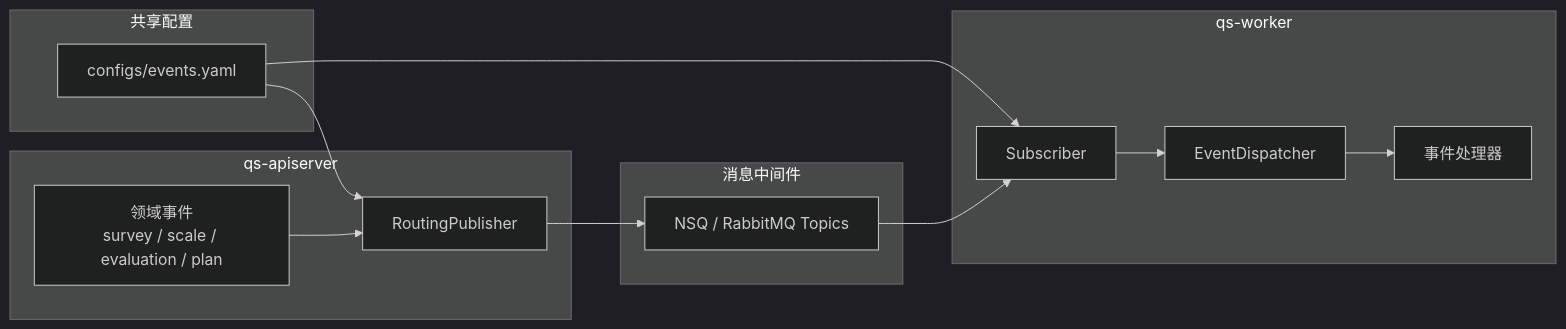
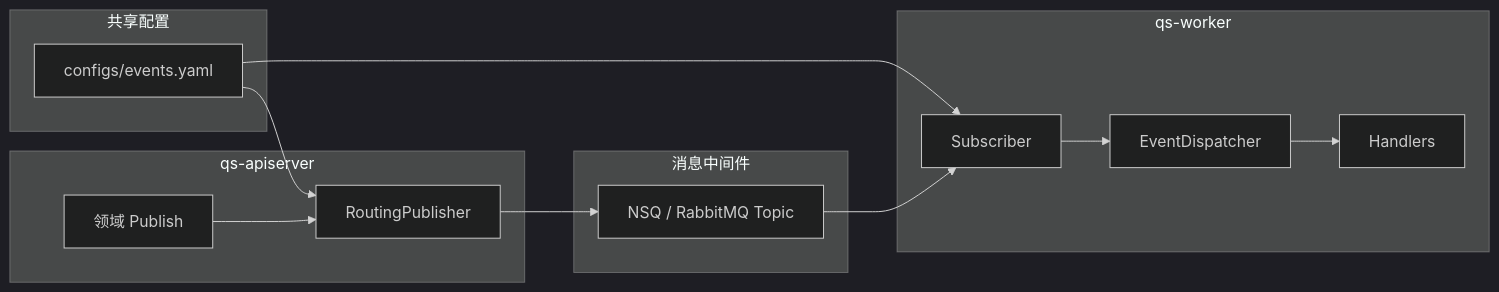
The first of 4 diagrams in docs/03-基础设施/01-事件系统.md (FangcunMount/qs-server), drawn with Mermaid (dark theme) before and after one commit. The commit also changed other lines of this file and 34 other files, not shown here.

````diff
--- a/docs/03-基础设施/01-事件系统.md
+++ b/docs/03-基础设施/01-事件系统.md
@@ -29,29 +31,29 @@
 ```mermaid
 flowchart LR
     subgraph Config[共享配置]
         YAML[configs/events.yaml]
     end
 
     subgraph API[qs-apiserver]
-        Domain[领域事件<br/>survey / scale / evaluation / plan]
-        Publisher[RoutingPublisher]
+        Domain[领域 Publish]
+        Pub[RoutingPublisher]
     end
 
     subgraph MQ[消息中间件]
-        Topic[NSQ / RabbitMQ Topics]
+        Topic[NSQ / RabbitMQ Topic]
     end
 
     subgraph Worker[qs-worker]
-        Subscriber[Subscriber]
-        Dispatcher[EventDispatcher]
-        Handlers[事件处理器]
+        Sub[Subscriber]
+        Disp[EventDispatcher]
+        H[Handlers]
     end
 
-    YAML --> Publisher
-    YAML --> Subscriber
-    Domain --> Publisher
-    Publisher --> Topic
-    Topic --> Subscriber
-    Subscriber --> Dispatcher
-    Dispatcher --> Handlers
+    YAML --> Pub
+    YAML --> Sub
+    Domain --> Pub
+    Pub --> Topic
+    Topic --> Sub
+    Sub --> Disp
+    Disp --> H
 ```
````
